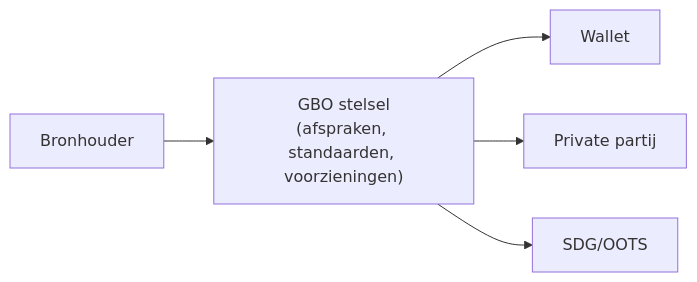
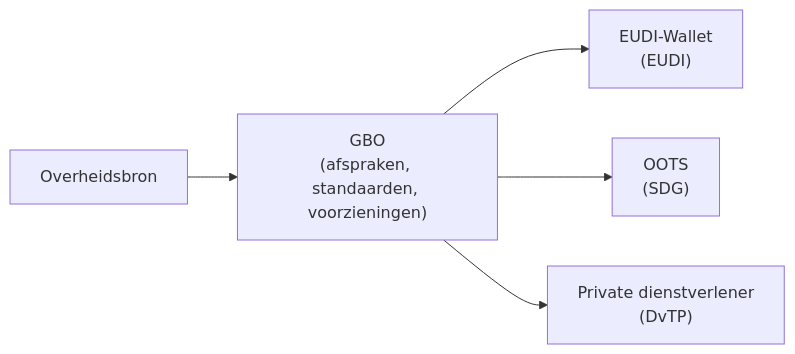
One commit to ICTU/GBO-GO changed the diagram in pr-preview/pr-2/diagrammen/context-diagram.mmd. Above: the diagram before and after it, drawn with Mermaid. The commit also changed 49 other files, not shown here.

````diff
--- a/pr-preview/pr-2/diagrammen/context-diagram.mmd
+++ b/pr-preview/pr-2/diagrammen/context-diagram.mmd
@@ -1,17 +1,12 @@
-```mermaid
-
 flowchart LR
 
-Bronhouder
-DvTP["GBO stelsel
-(afspraken, standaarden, voorzieningen)"]
-Wallet
-Privaat["Private partij"]
-SDG["SDG/OOTS"]
+Bronhouder["Overheidsbron"]
+DvTP["GBO<br />(afspraken, standaarden, voorzieningen)"]
+Wallet["EUDI-Wallet<br/>(EUDI)"]
+SDG["OOTS<br/>(SDG)"]
+Privaat["Private dienstverlener<br/>(DvTP)"]
 
 Bronhouder --> DvTP
 DvTP --> Wallet
+DvTP --> SDG
 DvTP --> Privaat
-DvTP --> SDG
-
-```
````
